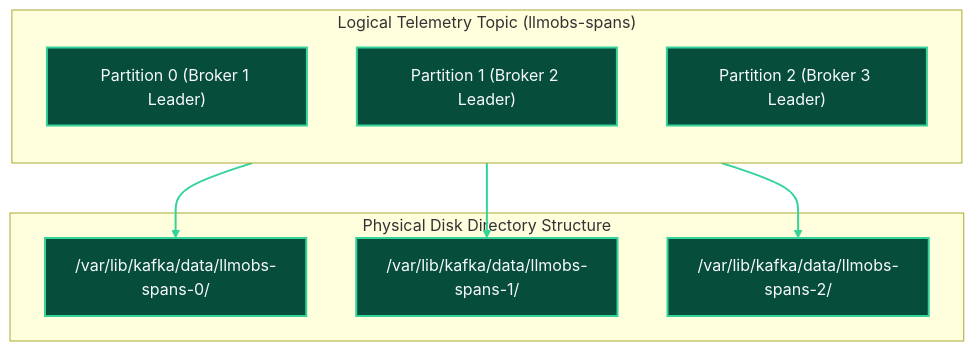
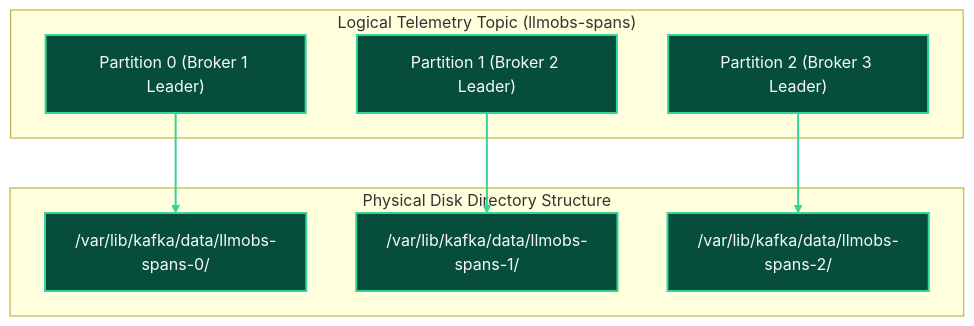
Before and after one commit to Chief-Strategist-J/llm-obs-infra: diagram 15 of 22 in docs/configDoc/kafka-configuration-guide.md, drawn with Mermaid. The commit also changed other lines of this file, not shown here.

Commit message:
fix(kafka-docs): resolve GitHub Mermaid diagram syntax errors and expand LLD rebalance state machine

````diff
--- a/docs/configDoc/kafka-configuration-guide.md
+++ b/docs/configDoc/kafka-configuration-guide.md
@@ -1227,24 +1267,24 @@
 ```mermaid
 graph TD
     subgraph LogicalTopic ["Logical Telemetry Topic (llmobs-spans)"]
-        direction TB
+
         P0["Partition 0 (Broker 1 Leader)"]
         P1["Partition 1 (Broker 2 Leader)"]
         P2["Partition 2 (Broker 3 Leader)"]
     end
 
     subgraph PhysicalDiskStorage ["Physical Disk Directory Structure"]
         P0 --> D0["/var/lib/kafka/data/llmobs-spans-0/"]
         P1 --> D1["/var/lib/kafka/data/llmobs-spans-1/"]
         P2 --> D2["/var/lib/kafka/data/llmobs-spans-2/"]
     end
 
     style P0 fill:#064e3b,stroke:#34d399,stroke-width:2px,color:#f8fafc
     style P1 fill:#064e3b,stroke:#34d399,stroke-width:2px,color:#f8fafc
     style P2 fill:#064e3b,stroke:#34d399,stroke-width:2px,color:#f8fafc
     style D0 fill:#064e3b,stroke:#34d399,stroke-width:2px,color:#f8fafc
     style D1 fill:#064e3b,stroke:#34d399,stroke-width:2px,color:#f8fafc
     style D2 fill:#064e3b,stroke:#34d399,stroke-width:2px,color:#f8fafc
 
     linkStyle 0,1,2 stroke:#34d399,stroke-width:2px;
 ```
````
